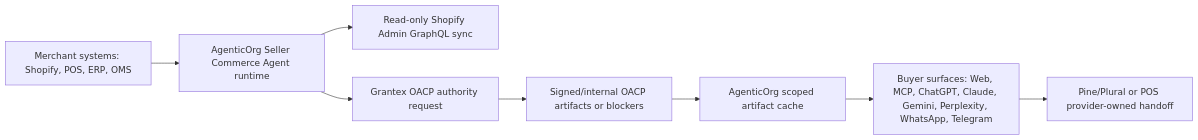
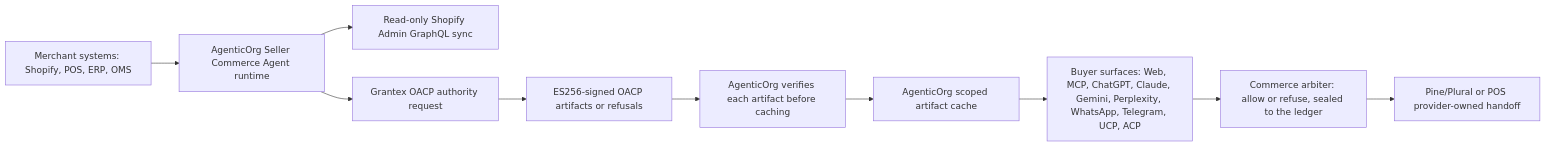
Before and after one commit to mishrasanjeev/agentic-org: the diagram in docs/oacp/runtime-launch-closure-prd.md, drawn with Mermaid. The commit also changed other lines of this file and 36 other files, not shown here.

````diff
--- a/docs/oacp/runtime-launch-closure-prd.md
+++ b/docs/oacp/runtime-launch-closure-prd.md
@@ -9,10 +32,12 @@
 ```mermaid
 flowchart LR
   merchant[Merchant systems: Shopify, POS, ERP, OMS] --> agentic[AgenticOrg Seller Commerce Agent runtime]
   agentic --> shopify[Read-only Shopify Admin GraphQL sync]
   agentic --> grantex[Grantex OACP authority request]
-  grantex --> artifacts[Signed/internal OACP artifacts or blockers]
-  artifacts --> cache[AgenticOrg scoped artifact cache]
-  cache --> buyer[Buyer surfaces: Web, MCP, ChatGPT, Claude, Gemini, Perplexity, WhatsApp, Telegram]
-  buyer --> provider[Pine/Plural or POS provider-owned handoff]
+  grantex --> artifacts[ES256-signed OACP artifacts or refusals]
+  artifacts --> verify[AgenticOrg verifies each artifact before caching]
+  verify --> cache[AgenticOrg scoped artifact cache]
+  cache --> buyer[Buyer surfaces: Web, MCP, ChatGPT, Claude, Gemini, Perplexity, WhatsApp, Telegram, UCP, ACP]
+  buyer --> arbiter[Commerce arbiter: allow or refuse, sealed to the ledger]
+  arbiter --> provider[Pine/Plural or POS provider-owned handoff]
 ```
````
